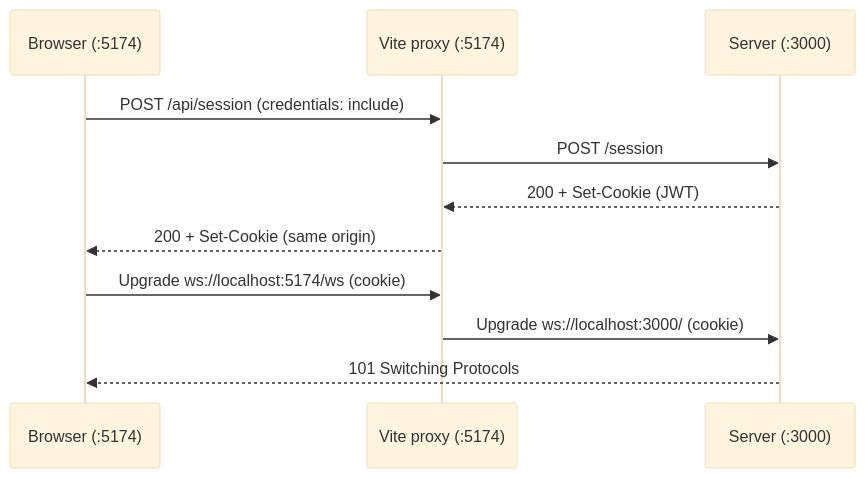
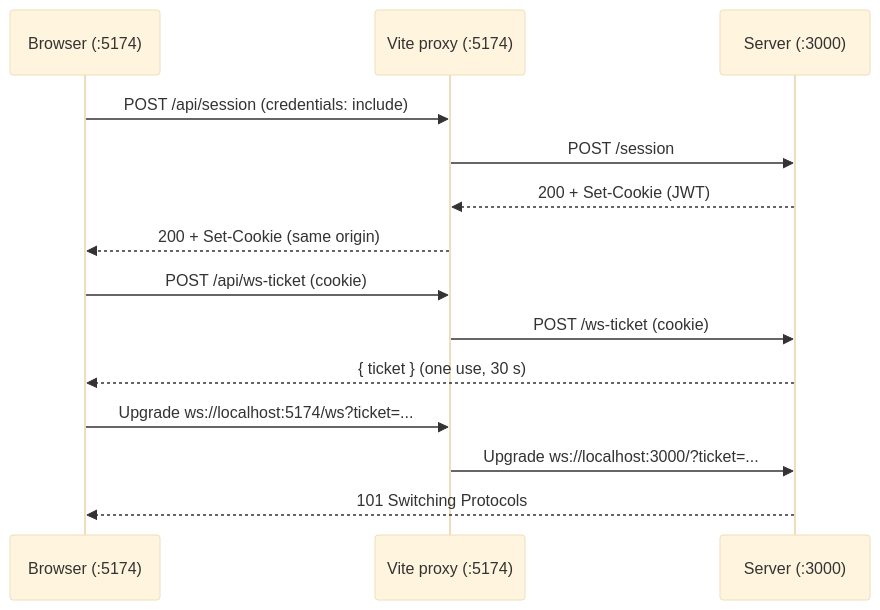
One commit to neves-nvs/santorini changed the second of 2 diagrams in docs/dev-networking.md. Above: the diagram before and after it, drawn with Mermaid (base theme). The commit also changed other lines of this file and 11 other files, not shown here.

Commit message:
feat: authenticate the browser WebSocket with a one-time ticket instead of the cookie

````diff
--- a/docs/dev-networking.md
+++ b/docs/dev-networking.md
@@ -33,15 +33,19 @@
 ```mermaid
 sequenceDiagram
     participant B as Browser (:5174)
     participant V as Vite proxy (:5174)
     participant S as Server (:3000)
 
     B->>V: POST /api/session (credentials: include)
     V->>S: POST /session
     S-->>V: 200 + Set-Cookie (JWT)
     V-->>B: 200 + Set-Cookie (same origin)
 
-    B->>V: Upgrade ws://localhost:5174/ws (cookie)
-    V->>S: Upgrade ws://localhost:3000/ (cookie)
+    B->>V: POST /api/ws-ticket (cookie)
+    V->>S: POST /ws-ticket (cookie)
+    S-->>B: { ticket } (one use, 30 s)
+
+    B->>V: Upgrade ws://localhost:5174/ws?ticket=...
+    V->>S: Upgrade ws://localhost:3000/?ticket=...
     S-->>B: 101 Switching Protocols
 ```
````
